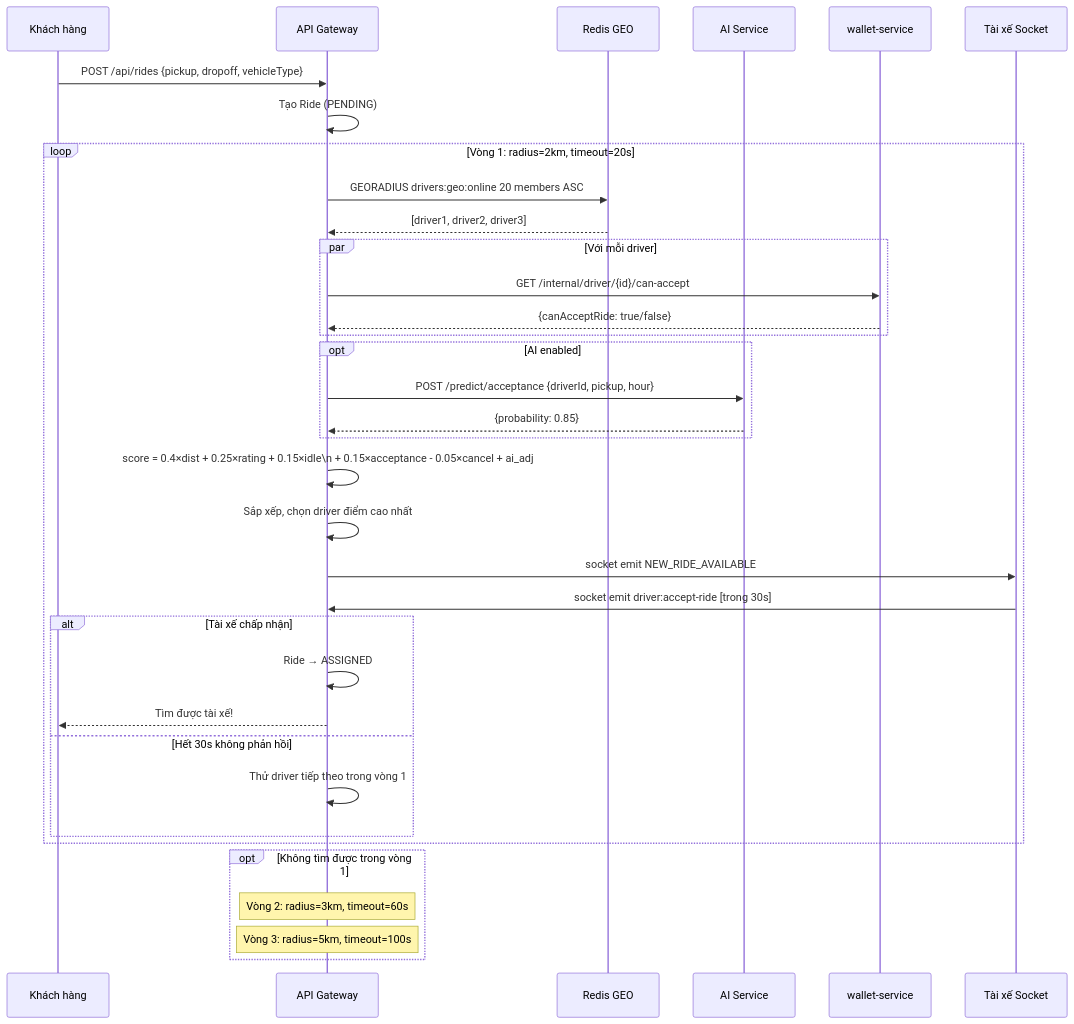
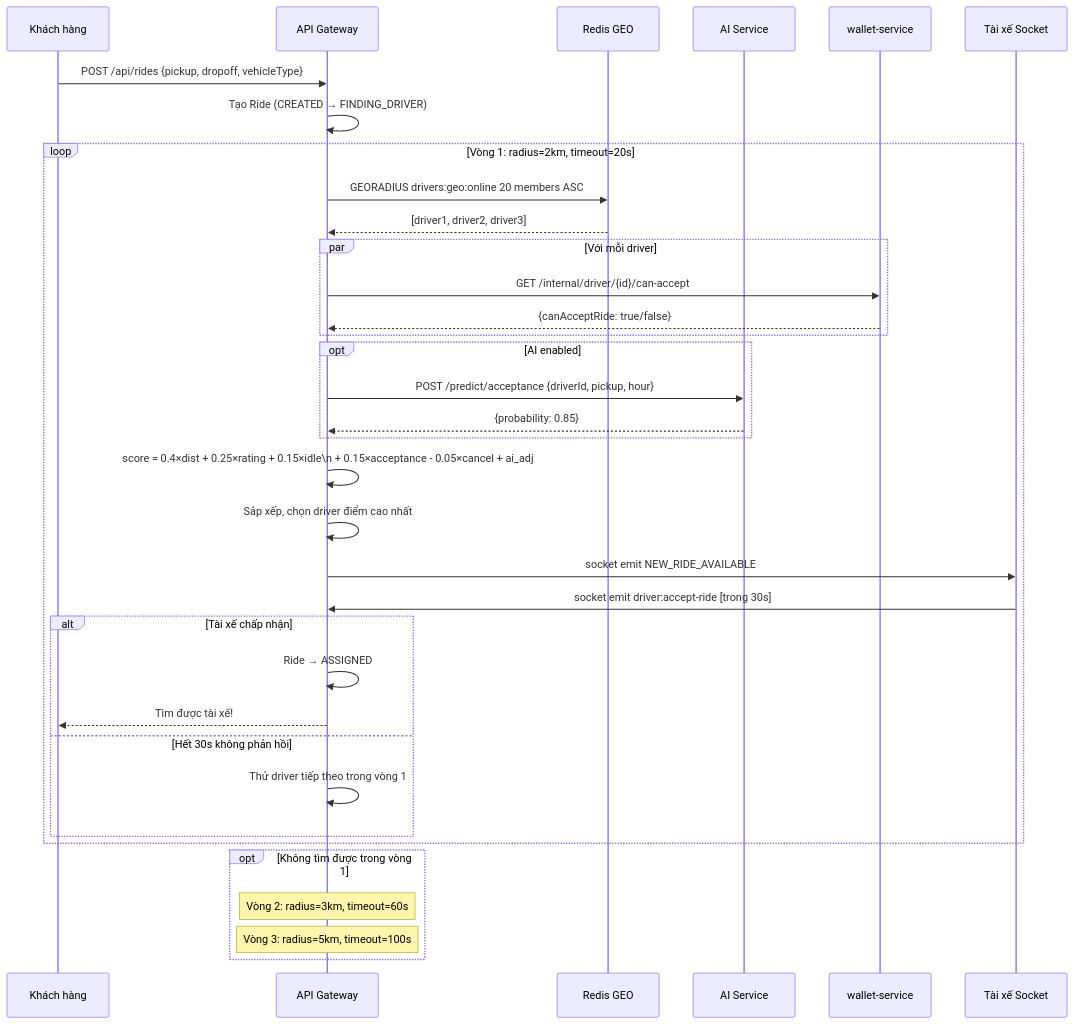
Before and after one commit to foxxiee04/Cab-Booking-System-Project: diagram 12 of 23 in docs/bao-cao-kltn.md, drawn with Mermaid. The commit also changed other lines of this file and 30 other files, not shown here.

````diff
--- a/docs/bao-cao-kltn.md
+++ b/docs/bao-cao-kltn.md
@@ -1098,45 +1396,45 @@
 ```mermaid
 sequenceDiagram
     participant KH as Khách hàng
     participant GW as API Gateway
     participant REDIS as Redis GEO
     participant AI as AI Service
     participant WALLET as wallet-service
     participant TX as Tài xế Socket
 
     KH->>GW: POST /api/rides {pickup, dropoff, vehicleType}
-    GW->>GW: Tạo Ride (PENDING)
+    GW->>GW: Tạo Ride (CREATED → FINDING_DRIVER)
 
     loop Vòng 1: radius=2km, timeout=20s
         GW->>REDIS: GEORADIUS drivers:geo:online 20 members ASC
         REDIS-->>GW: [driver1, driver2, driver3]
 
         par Với mỗi driver
             GW->>WALLET: GET /internal/driver/{id}/can-accept
             WALLET-->>GW: {canAcceptRide: true/false}
         end
 
         opt AI enabled
             GW->>AI: POST /predict/acceptance {driverId, pickup, hour}
             AI-->>GW: {probability: 0.85}
         end
 
         GW->>GW: score = 0.4×dist + 0.25×rating + 0.15×idle\n       + 0.15×acceptance - 0.05×cancel + ai_adj
         GW->>GW: Sắp xếp, chọn driver điểm cao nhất
 
         GW->>TX: socket emit NEW_RIDE_AVAILABLE
         TX->>GW: socket emit driver:accept-ride [trong 30s]
 
         alt Tài xế chấp nhận
             GW->>GW: Ride → ASSIGNED
             GW-->>KH: Tìm được tài xế!
         else Hết 30s không phản hồi
             GW->>GW: Thử driver tiếp theo trong vòng 1
         end
     end
 
     opt Không tìm được trong vòng 1
         Note over GW: Vòng 2: radius=3km, timeout=60s
         Note over GW: Vòng 3: radius=5km, timeout=100s
     end
 ```
````
